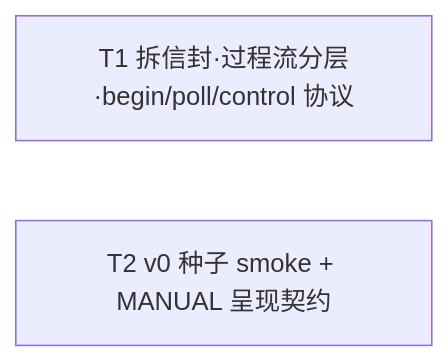
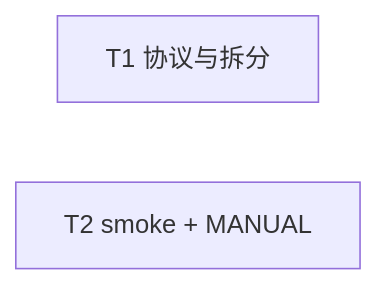
One commit to Curry09/AHE-Beta changed the diagram in docs/specs/0013-harness-present-protocol.md. Above: the diagram before and after it, drawn with Mermaid. The commit also changed other lines of this file and 5 other files, not shown here.

````diff
--- a/docs/specs/0013-harness-present-protocol.md
+++ b/docs/specs/0013-harness-present-protocol.md
@@ -98,5 +88,5 @@
 ```mermaid
 graph LR
-  T1[T1 拆信封·过程流分层·begin/poll/control 协议]
-  T2[T2 v0 种子 smoke + MANUAL 呈现契约]
+  T1[T1 协议与拆分]
+  T2[T2 smoke + MANUAL]
 ```
````
